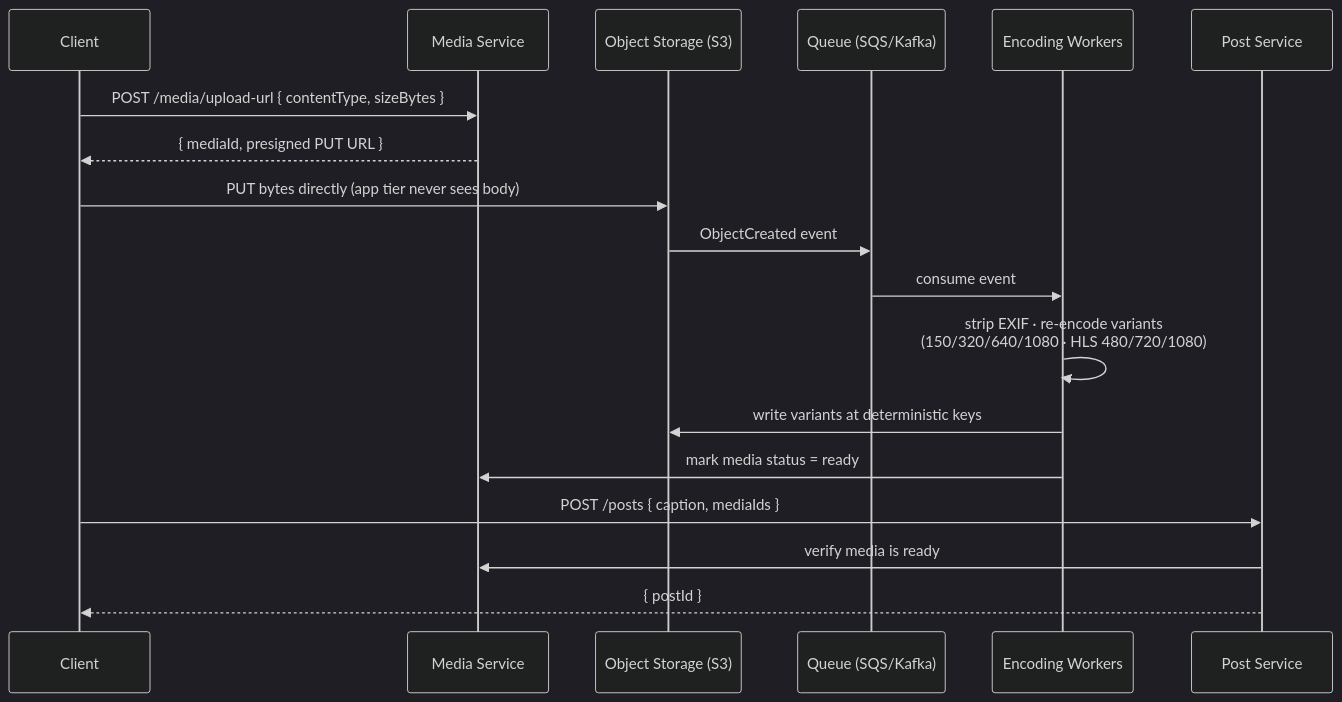
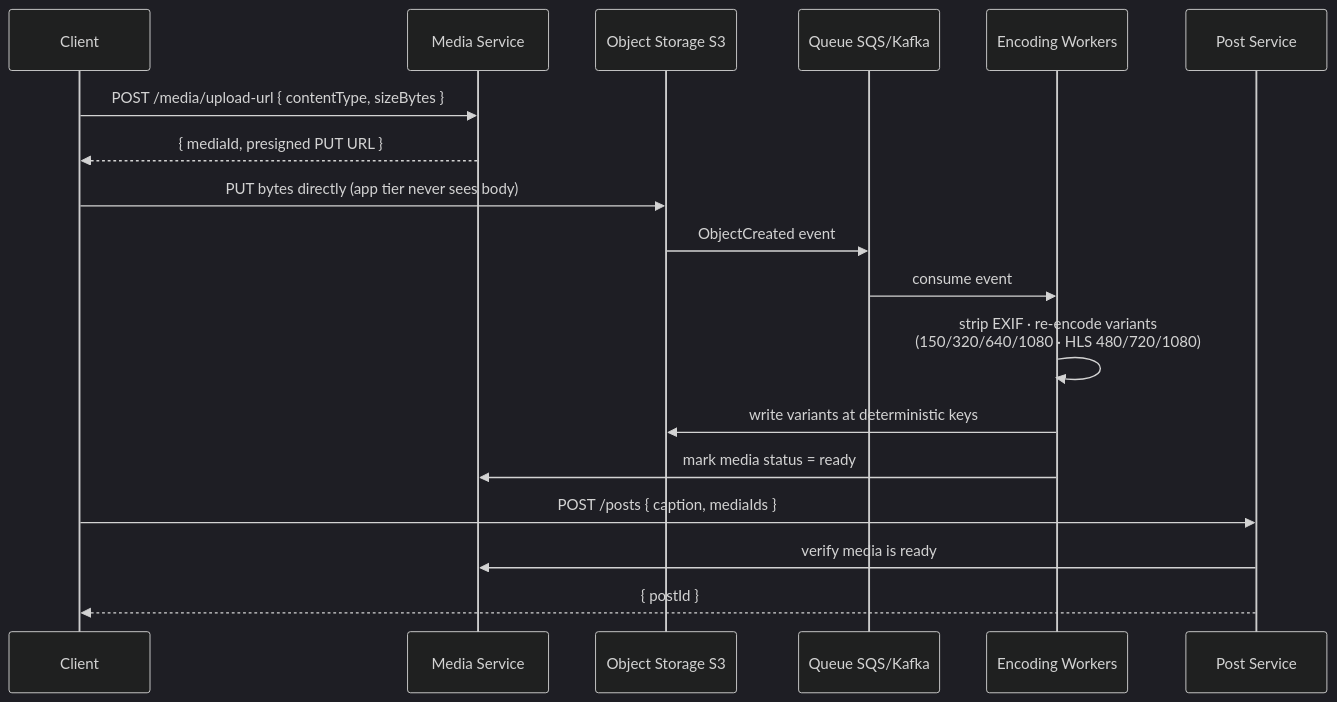
One commit to cartmancodes/InterviewVault changed the second of 6 diagrams in LLD/questions/Design Instagram.md. Above: the diagram before and after it, drawn with Mermaid (dark theme). The commit also changed other lines of this file and 54 other files, not shown here.

````diff
--- a/LLD/questions/Design Instagram.md
+++ b/LLD/questions/Design Instagram.md
@@ -183,21 +183,21 @@
 ```mermaid
 sequenceDiagram
     participant C as Client
     participant M as Media Service
-    participant S3 as Object Storage (S3)
-    participant Q as Queue (SQS/Kafka)
+    participant S3 as Object Storage S3
+    participant Q as Queue SQS/Kafka
     participant W as Encoding Workers
     participant P as Post Service
 
     C->>M: POST /media/upload-url { contentType, sizeBytes }
     M-->>C: { mediaId, presigned PUT URL }
     C->>S3: PUT bytes directly (app tier never sees body)
     S3->>Q: ObjectCreated event
     Q->>W: consume event
     W->>W: strip EXIF · re-encode variants<br/>(150/320/640/1080 · HLS 480/720/1080)
     W->>S3: write variants at deterministic keys
     W->>M: mark media status = ready
     C->>P: POST /posts { caption, mediaIds }
     P->>M: verify media is ready
     P-->>C: { postId }
 ```
````
